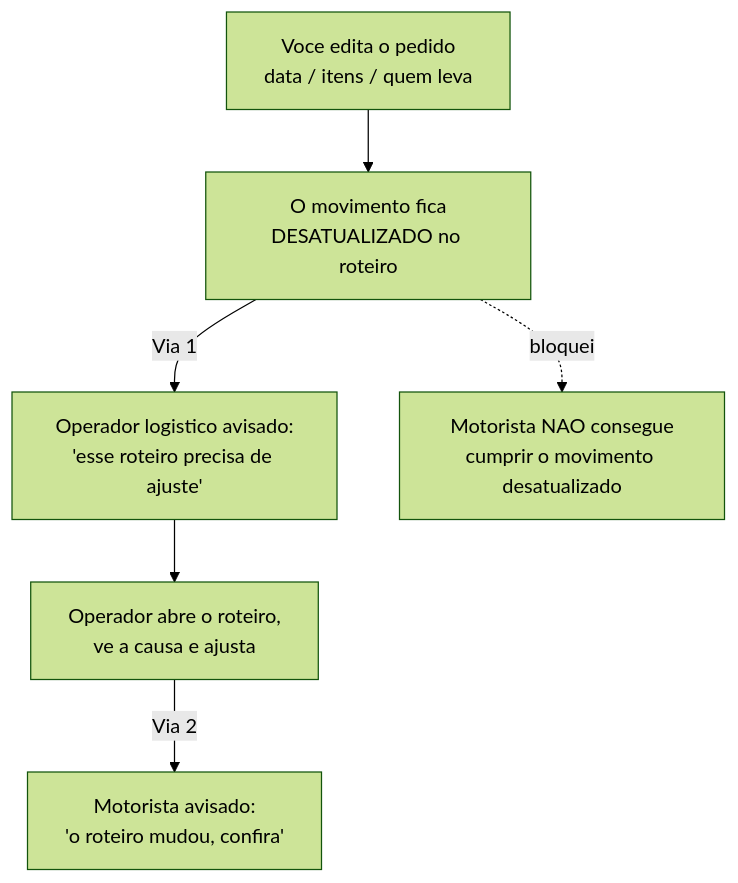
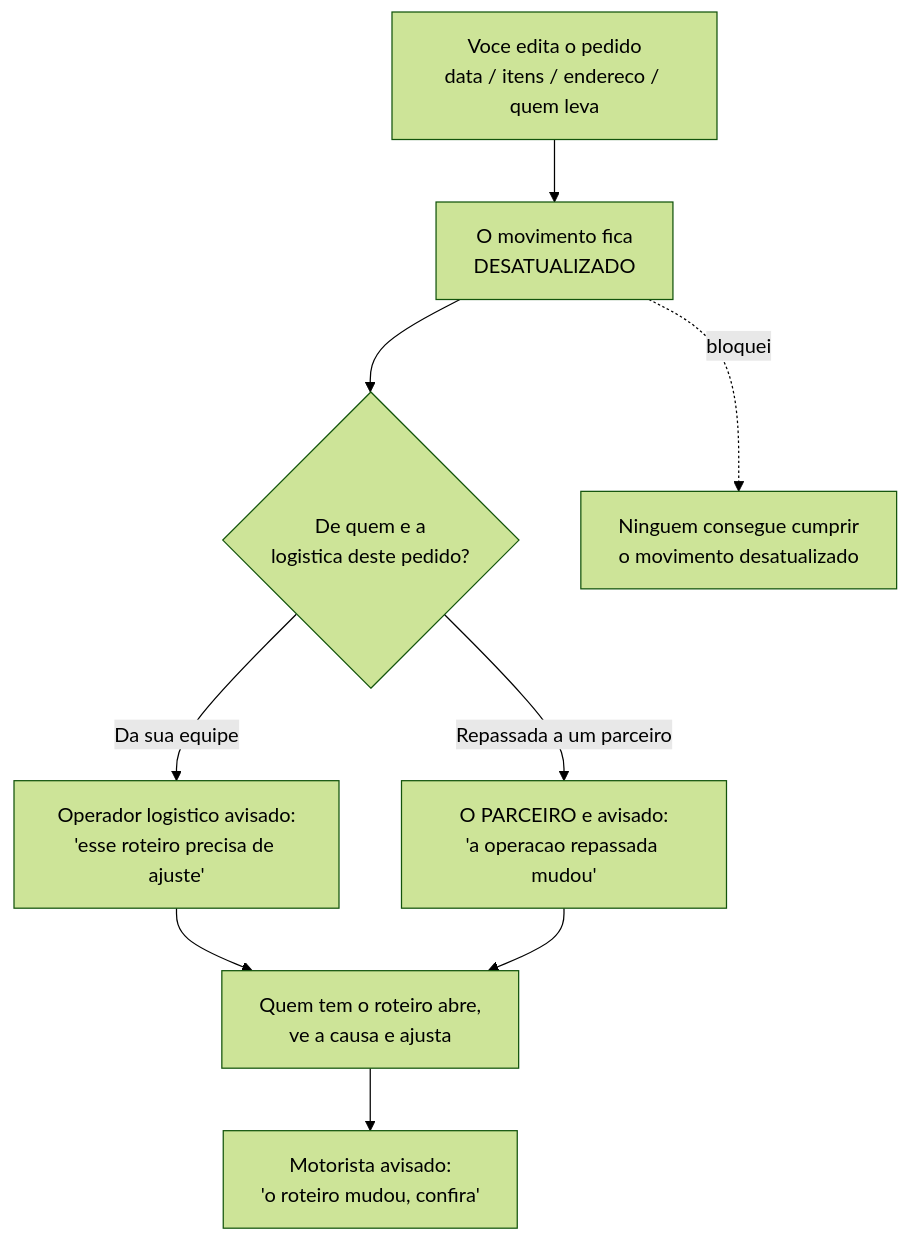
One commit to LocFlowTeam/locflow-docs changed the diagram in logistica/quando-um-pedido-muda.md. Above: the diagram before and after it, drawn with Mermaid (forest theme). The commit also changed other lines of this file and 32 other files, not shown here.

````diff
--- a/logistica/quando-um-pedido-muda.md
+++ b/logistica/quando-um-pedido-muda.md
@@ -30,8 +60,11 @@
 ```mermaid
 flowchart TD
-    EDIT[Voce edita o pedido<br/>data / itens / quem leva] --> DEF[O movimento fica<br/>DESATUALIZADO no roteiro]
-    DEF -->|Via 1| OP[Operador logistico avisado:<br/>'esse roteiro precisa de ajuste']
-    OP --> AJUSTA[Operador abre o roteiro,<br/>ve a causa e ajusta]
-    AJUSTA -->|Via 2| MOT[Motorista avisado:<br/>'o roteiro mudou, confira']
-    DEF -.bloqueio.-> TRAVA[Motorista NAO consegue<br/>cumprir o movimento desatualizado]
+    EDIT[Voce edita o pedido<br/>data / itens / endereco / quem leva] --> DEF[O movimento fica<br/>DESATUALIZADO]
+    DEF --> Q{De quem e a<br/>logistica deste pedido?}
+    Q -->|Da sua equipe| OP[Operador logistico avisado:<br/>'esse roteiro precisa de ajuste']
+    Q -->|Repassada a um parceiro| PA[O PARCEIRO e avisado:<br/>'a operacao repassada mudou']
+    OP --> AJUSTA[Quem tem o roteiro abre,<br/>ve a causa e ajusta]
+    PA --> AJUSTA
+    AJUSTA --> MOT[Motorista avisado:<br/>'o roteiro mudou, confira']
+    DEF -.bloqueio.-> TRAVA[Ninguem consegue cumprir<br/>o movimento desatualizado]
 ```
````
